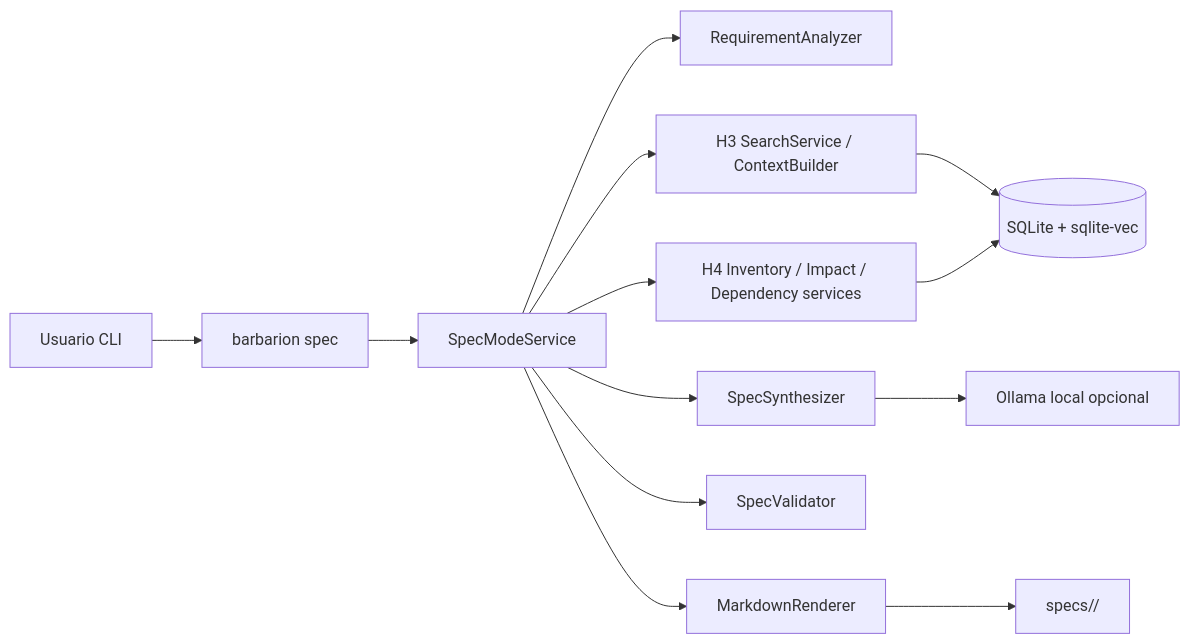
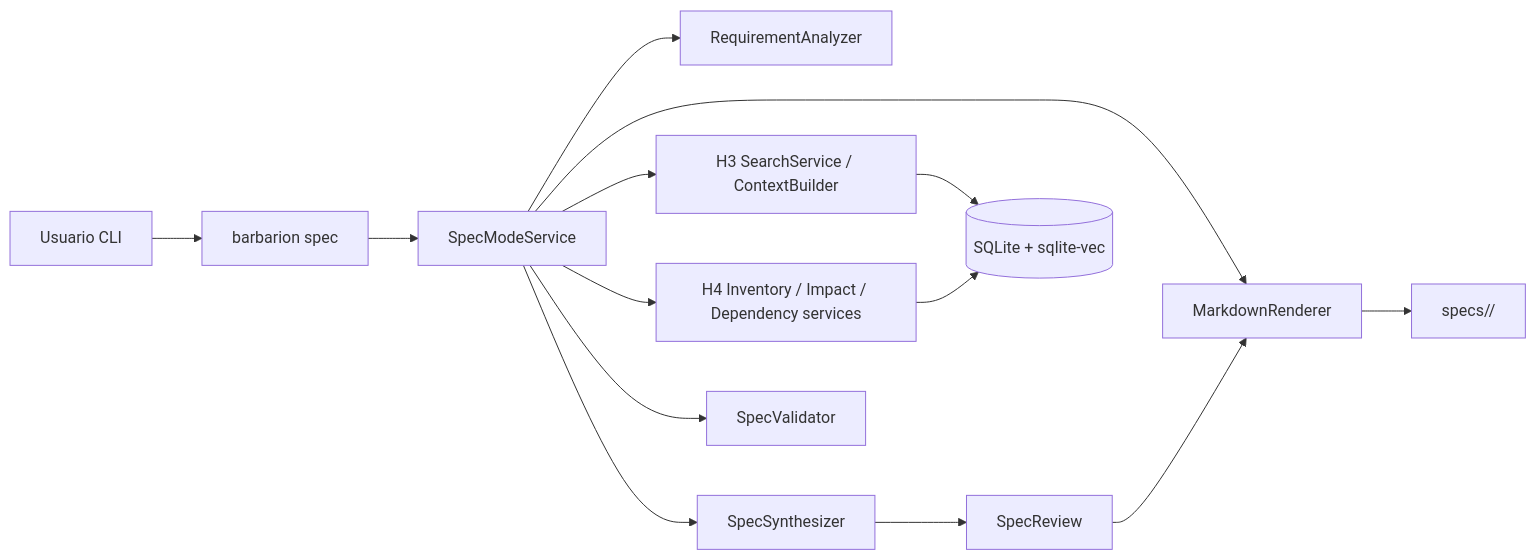
The first of 3 diagrams in specs/H5-SpecMode/design.md (fcamasca/barbarion), drawn with Mermaid before and after one commit. The commit also changed other lines of this file and 3 other files, not shown here.

````diff
--- a/specs/H5-SpecMode/design.md
+++ b/specs/H5-SpecMode/design.md
@@ -38,15 +38,16 @@
 ```mermaid
 flowchart LR
     U["Usuario CLI"] --> CLI["barbarion spec"]
     CLI --> APP["SpecModeService"]
     APP --> REQ["RequirementAnalyzer"]
     APP --> RAG["H3 SearchService / ContextBuilder"]
     APP --> H4["H4 Inventory / Impact / Dependency services"]
     APP --> SYN["SpecSynthesizer"]
+    SYN --> REV["SpecReview"]
     APP --> VAL["SpecValidator"]
     APP --> MD["MarkdownRenderer"]
     RAG --> DB[("SQLite + sqlite-vec")]
     H4 --> DB
-    SYN --> LLM["Ollama local opcional"]
+    REV --> MD
     MD --> OUT["specs/<nombre>/"]
 ```
````
